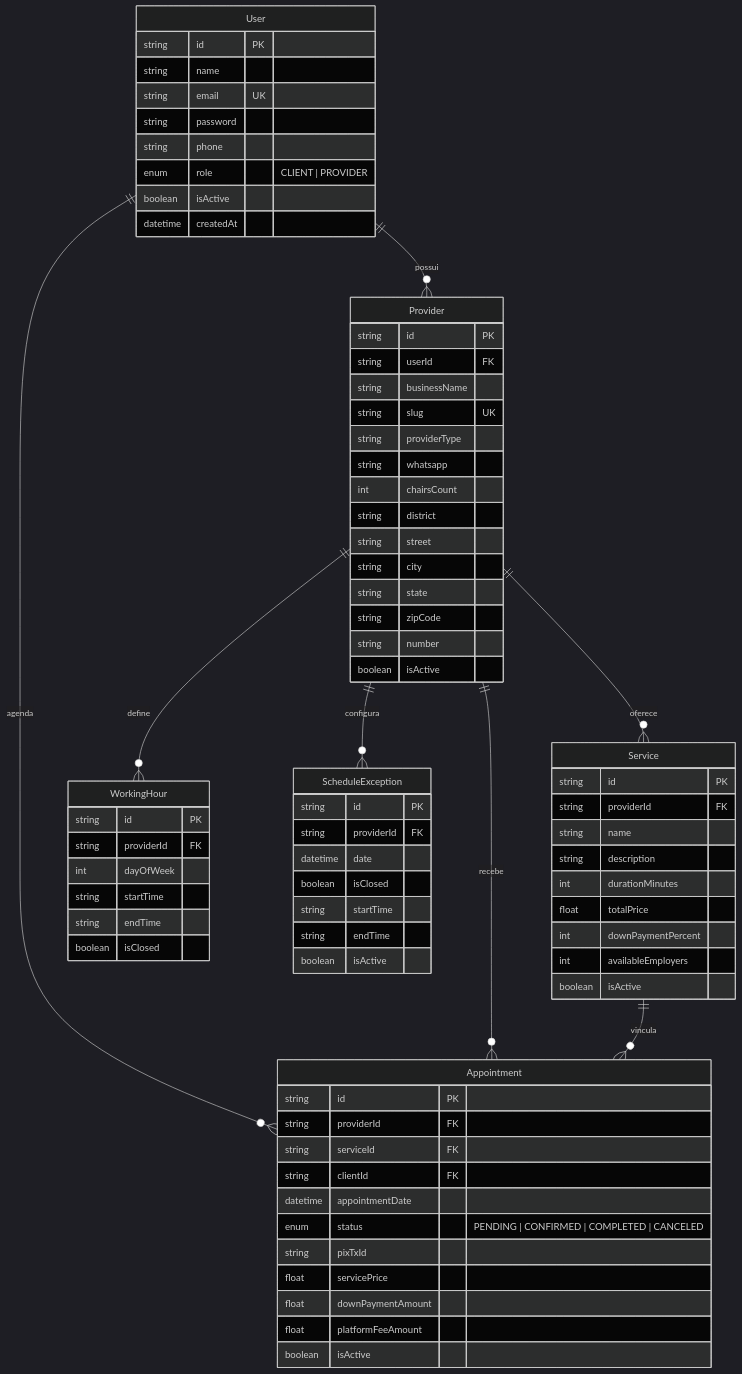
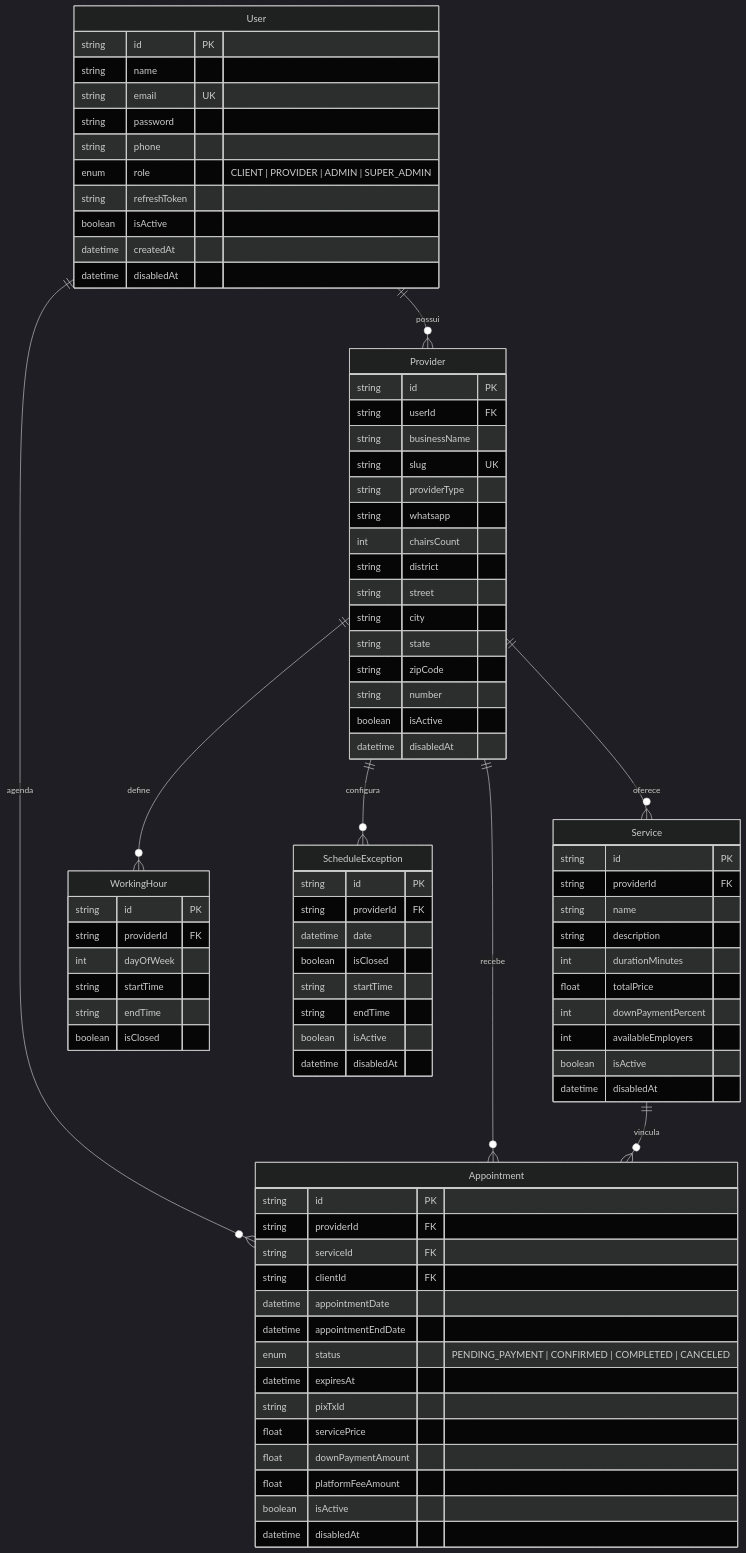
One commit to copperlamb78/api-sinalizego changed the diagram in README.md. Above: the diagram before and after it, drawn with Mermaid (dark theme). The commit also changed other lines of this file, not shown here.

````diff
--- a/README.md
+++ b/README.md
@@ -248,9 +330,11 @@
         string email UK
         string password
         string phone
-        enum role "CLIENT | PROVIDER"
+        enum role "CLIENT | PROVIDER | ADMIN | SUPER_ADMIN"
+        string refreshToken
         boolean isActive
         datetime createdAt
+        datetime disabledAt
     }
 
     Provider {
@@ -268,6 +352,7 @@
         string zipCode
         string number
         boolean isActive
+        datetime disabledAt
     }
 
     Service {
@@ -280,6 +365,7 @@
         int downPaymentPercent
         int availableEmployers
         boolean isActive
+        datetime disabledAt
     }
 
     Appointment {
@@ -288,12 +374,15 @@
         string serviceId FK
         string clientId FK
         datetime appointmentDate
-        enum status "PENDING | CONFIRMED | COMPLETED | CANCELED"
+        datetime appointmentEndDate
+        enum status "PENDING_PAYMENT | CONFIRMED | COMPLETED | CANCELED"
+        datetime expiresAt
         string pixTxId
         float servicePrice
         float downPaymentAmount
         float platformFeeAmount
         boolean isActive
+        datetime disabledAt
     }
 
     WorkingHour {
@@ -313,5 +402,6 @@
         string startTime
         string endTime
         boolean isActive
+        datetime disabledAt
     }
 ```
````
